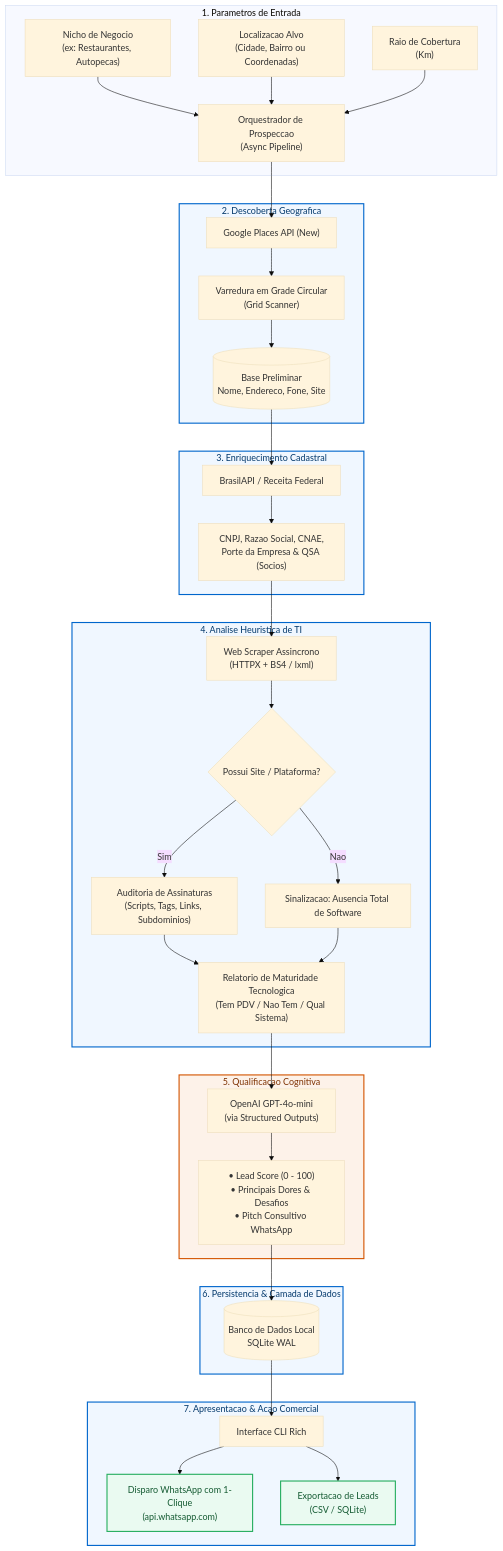
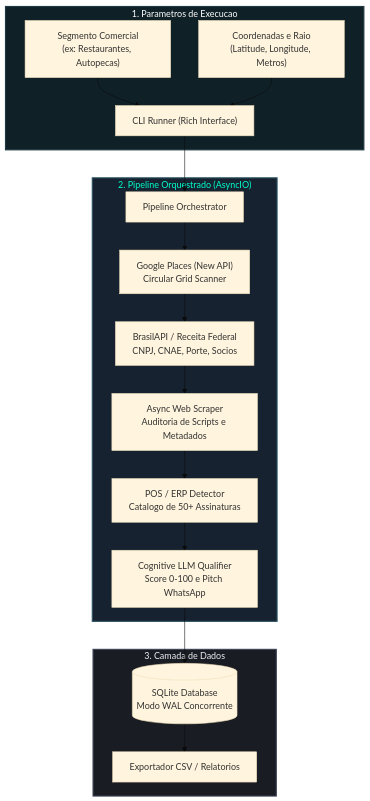
The diagram in README.md (dgphaney-dev/sweezy-ai), drawn with Mermaid (base theme) before and after one commit. The commit also changed other lines of this file, not shown here.

Commit message:
docs(readme): modernize presentation with badges, diagrams and technical tables

````diff
--- a/README.md
+++ b/README.md
@@ -97,50 +58,29 @@
 ```mermaid
 flowchart TD
-    subgraph Entrada["1. Parametros de Entrada"]
-        A["Nicho de Negocio<br>(ex: Restaurantes, Autopecas)"]
-        B["Localizacao Alvo<br>(Cidade, Bairro ou Coordenadas)"]
-        C["Raio de Cobertura<br>(Km)"]
-        A & B & C --> D["Orquestrador de Prospeccao<br>(Async Pipeline)"]
+    subgraph Input["1. Parametros de Execucao"]
+        A["Segmento Comercial<br>(ex: Restaurantes, Autopecas)"]
+        B["Coordenadas e Raio<br>(Latitude, Longitude, Metros)"]
+        A & B --> C["CLI Runner (Rich Interface)"]
     end
 
-    subgraph Discovery["2. Descoberta Geografica"]
-        D --> E["Google Places API (New)"]
-        E --> F["Varredura em Grade Circular<br>(Grid Scanner)"]
-        F --> G[("Base Preliminar<br>Nome, Endereco, Fone, Site")]
+    subgraph Pipeline["2. Pipeline Orquestrado (AsyncIO)"]
+        C --> D["Pipeline Orchestrator"]
+        D --> E["Google Places (New API)<br>Circular Grid Scanner"]
+        E --> F["BrasilAPI / Receita Federal<br>CNPJ, CNAE, Porte, Socios"]
+        F --> G["Async Web Scraper<br>Auditoria de Scripts e Metadados"]
+        G --> H["POS / ERP Detector<br>Catalogo de 50+ Assinaturas"]
+        H --> I["Cognitive LLM Qualifier<br>Score 0-100 e Pitch WhatsApp"]
     end
 
-    subgraph Enrichment["3. Enriquecimento Cadastral"]
-        G --> H["BrasilAPI / Receita Federal"]
-        H --> I["CNPJ, Razao Social, CNAE,<br>Porte da Empresa & QSA (Socios)"]
+    subgraph Storage["3. Camada de Dados"]
+        I --> J[("SQLite Database<br>Modo WAL Concorrente")]
+        J --> K["Exportador CSV / Relatorios"]
     end
 
-    subgraph Scraping["4. Analise Heuristica de TI"]
-        I --> J["Web Scraper Assincrono<br>(HTTPX + BS4 / lxml)"]
-        J --> K{"Possui Site / Plataforma?"}
-        K -- Sim --> L["Auditoria de Assinaturas<br>(Scripts, Tags, Links, Subdominios)"]
-        K -- Nao --> M["Sinalizacao: Ausencia Total de Software"]
-        L & M --> N["Relatorio de Maturidade Tecnologica<br>(Tem PDV / Nao Tem / Qual Sistema)"]
-    end
-
-    subgraph Qualification["5. Qualificacao Cognitiva"]
-        N --> O["OpenAI GPT-4o-mini<br>(via Structured Outputs)"]
-        O --> P["• Lead Score (0 - 100)<br>• Principais Dores & Desafios<br>• Pitch Consultivo WhatsApp"]
-    end
-
-    subgraph Storage["6. Persistencia & Camada de Dados"]
-        P --> Q[("Banco de Dados Local<br>SQLite WAL")]
-    end
-
-    subgraph Presentation["7. Apresentacao & Acao Comercial"]
-        Q --> R["Interface CLI Rich"]
-        R --> S["Disparo WhatsApp com 1-Clique<br>(api.whatsapp.com)"]
-        R --> T["Exportacao de Leads<br>(CSV / SQLite)"]
-    end
-
-    classDef stage fill:#f0f7ff,stroke:#0066cc,stroke-width:2px,color:#03396c;
-    classDef llm fill:#fdf2e9,stroke:#d35400,stroke-width:2px,color:#7e3202;
-    classDef highlight fill:#eafaf1,stroke:#27ae60,stroke-width:2px,color:#145a32;
-    class Discovery,Enrichment,Scraping,Storage,Presentation stage;
-    class Qualification llm;
-    class S,T highlight;
+    classDef blueBox fill:#0f2027,stroke:#203a43,stroke-width:2px,color:#ffffff;
+    classDef highlight fill:#16222f,stroke:#2c5364,stroke-width:2px,color:#00ffcc;
+    classDef storageBox fill:#1a1c24,stroke:#3b4252,stroke-width:2px,color:#eceff4;
+    class Input blueBox;
+    class Pipeline highlight;
+    class Storage storageBox;
 ```
````
